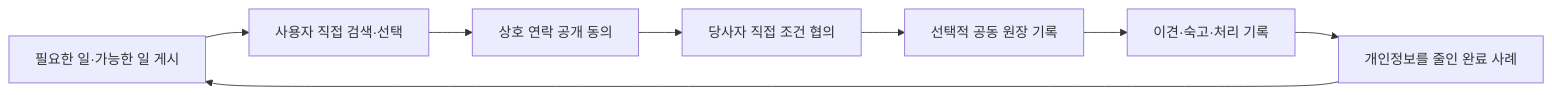
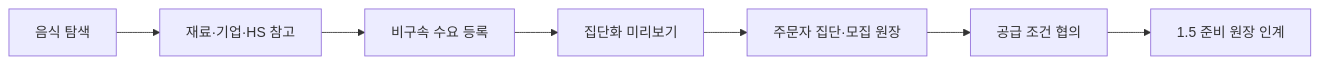
The diagram in docs/Versions/v0.0/focus-roadmap.md (cheolwo/hongdal), drawn with Mermaid before and after one commit. The commit also changed other lines of this file and 73 other files, not shown here.

````diff
--- a/docs/Versions/v0.0/focus-roadmap.md
+++ b/docs/Versions/v0.0/focus-roadmap.md
@@ -13,10 +23,9 @@
 ```mermaid
 flowchart LR
-    A["필요한 일·가능한 일 게시"] --> B["사용자 직접 검색·선택"]
-    B --> C["상호 연락 공개 동의"]
-    C --> D["당사자 직접 조건 협의"]
-    D --> E["선택적 공동 원장 기록"]
-    E --> F["이견·숙고·처리 기록"]
-    F --> G["개인정보를 줄인 완료 사례"]
-    G --> A
+    A["음식 탐색"] --> B["재료·기업·HS 참고"]
+    B --> C["비구속 수요 등록"]
+    C --> D["집단화 미리보기"]
+    D --> E["주문자 집단·모집 원장"]
+    E --> F["공급 조건 협의"]
+    F --> G["1.5 준비 원장 인계"]
 ```
````
